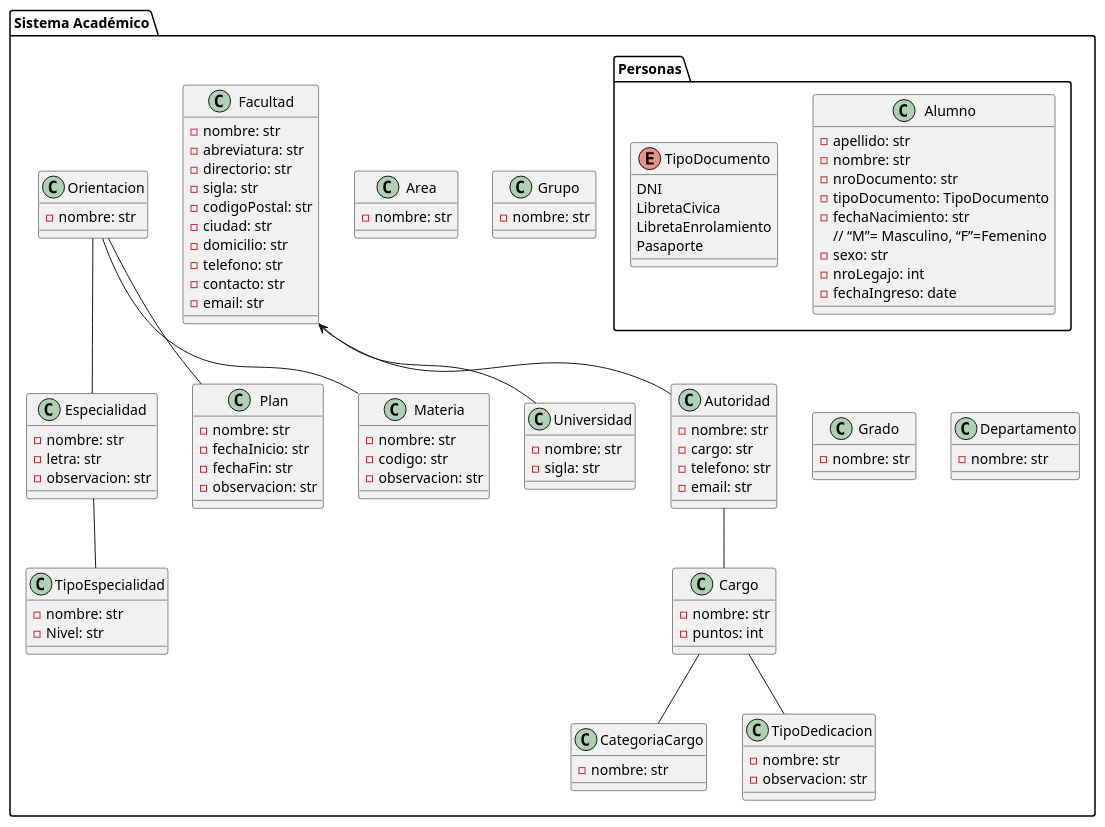
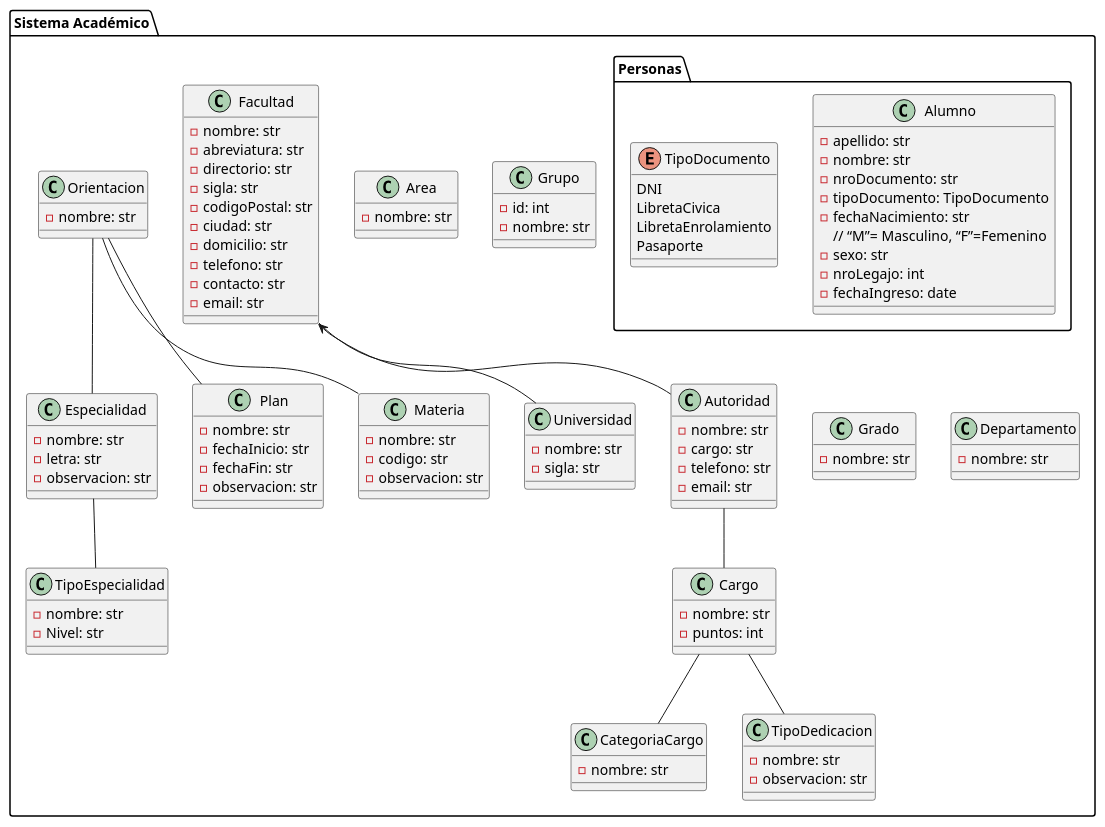
The diagram in app/docs/sysacad_diagrama_de_clases.puml (Juanpa1911/SysAcad2.0), drawn with PlantUML before and after one commit. The commit also changed 5 other files, not shown here.

```diff
--- a/app/docs/sysacad_diagrama_de_clases.puml
+++ b/app/docs/sysacad_diagrama_de_clases.puml
@@ -1,119 +1,120 @@
 @startuml Diagrama de Clases de sysacad
 package "Sistema Académico"{
     package "Personas"{
         class Alumno {
             - apellido: str
             - nombre: str
             - nroDocumento: str
             - tipoDocumento: TipoDocumento
             - fechaNacimiento: str
             // “M”= Masculino, “F”=Femenino
             - sexo: str
             - nroLegajo: int
             - fechaIngreso: date
         }
 
         enum TipoDocumento {
             DNI
             LibretaCivica
             LibretaEnrolamiento
             Pasaporte
         }
     }
 
     class Universidad {
         -nombre: str
         -sigla: str
     }
 
     class Facultad {
         -nombre: str
         -abreviatura: str
         -directorio: str
         -sigla: str
         -codigoPostal: str
         -ciudad: str
         -domicilio: str
         -telefono: str
         -contacto: str
         -email: str
     }
 
     class Autoridad {
         -nombre: str
         -cargo: str
         -telefono: str
         -email: str
     }
 
     class Area {
         - nombre: str
     }
 
     class Especialidad {
         - nombre: str
         - letra: str
         - observacion: str
     }
 
     class TipoEspecialidad {
         - nombre: str
         - Nivel: str
     }
 
     class Grupo {
+        - id: int
         - nombre: str
     }
 
     class Plan {
         - nombre: str
         - fechaInicio: str
         - fechaFin: str
         - observacion: str
     }
 
     class Orientacion {
         - nombre: str
     }
 
     class Grado {
         - nombre: str
     }
 
     class Cargo {
         - nombre: str
         - puntos: int
         
     }
     
     class CategoriaCargo {
         - nombre: str
     } 
    
     class Materia {
         - nombre: str
         - codigo: str
         - observacion: str
     }
 
     class TipoDedicacion {
         - nombre: str
         - observacion: str
     }
 
     class Departamento {
         - nombre: str
     }
 
 
     Orientacion -- Especialidad
     Orientacion -- Plan
     Orientacion -- Materia
     Especialidad -- TipoEspecialidad
     Facultad <-- Autoridad
     Facultad -- Universidad
     Autoridad -- Cargo
     Cargo -- CategoriaCargo
     Cargo -- TipoDedicacion
 }
 @enduml
```
